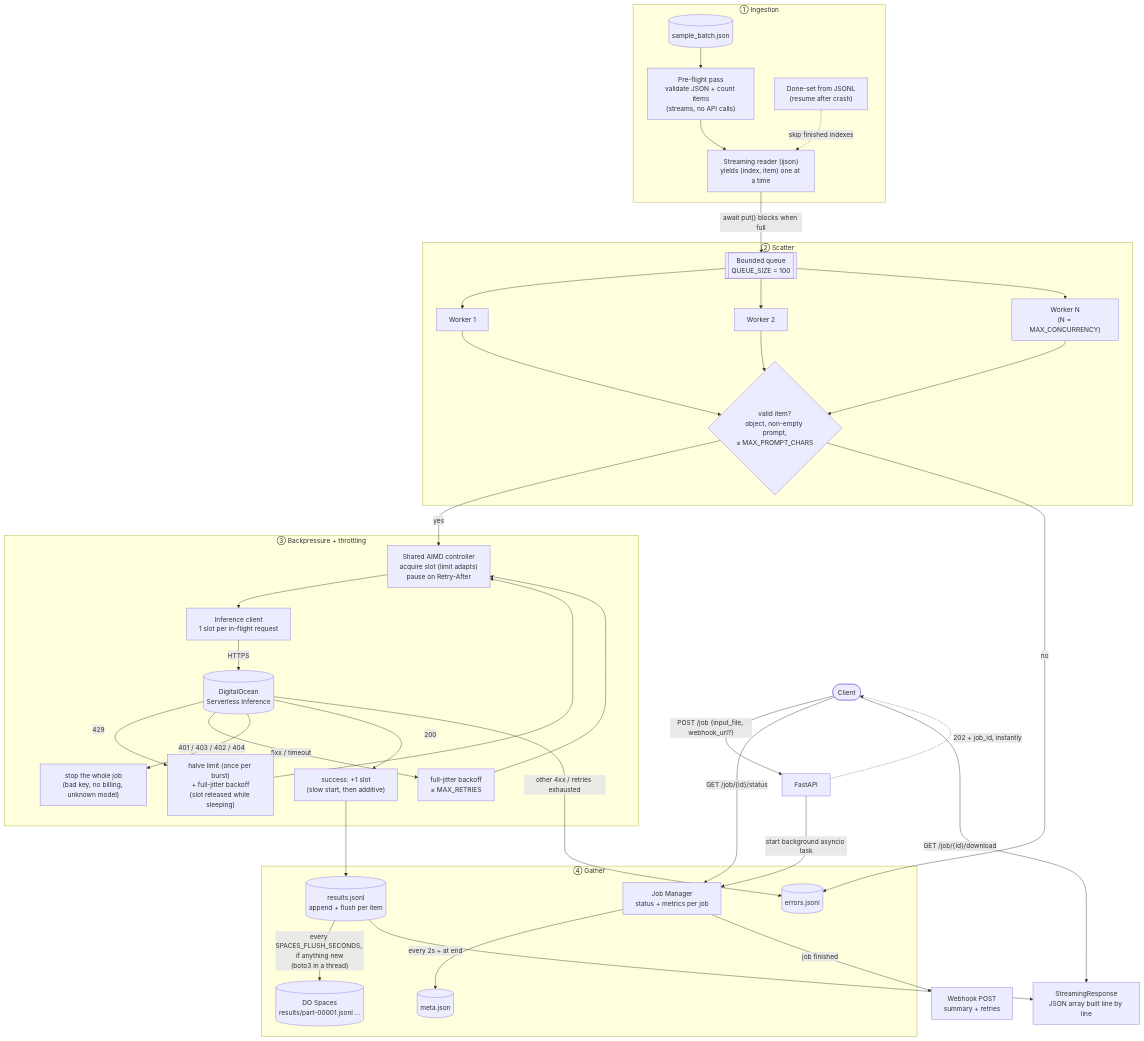
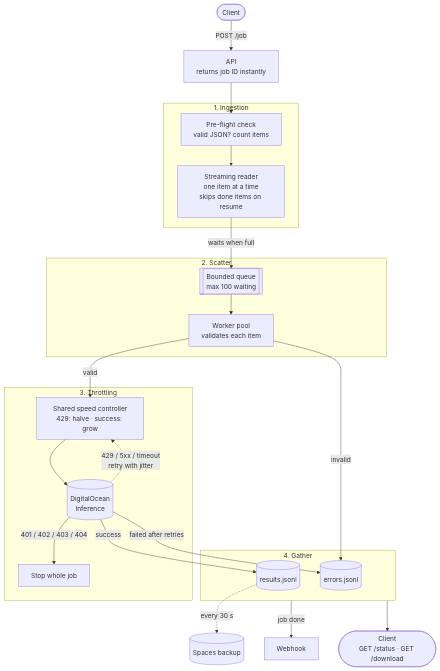
Before and after one commit to ishani2202/batch-inference-engine: the diagram in docs/architecture.md, drawn with Mermaid. The commit also changed other lines of this file, not shown here.

Commit message:
Revise architecture diagram for clarity and updates

````diff
--- a/docs/architecture.md
+++ b/docs/architecture.md
@@ -3,45 +4,34 @@
 ```mermaid
 flowchart TD
-    Client([Client]) -->|"POST /job {input_file, webhook_url?}"| API[FastAPI]
-    API -.->|"202 + job_id, instantly"| Client
-    API -->|"start background asyncio task"| JM["Job Manager<br/>status + metrics per job"]
+    C1([Client]) -->|"POST /job"| API["API<br/>returns job ID instantly"]
 
-    subgraph ING["① Ingestion"]
-        F[("sample_batch.json")] --> PF["Pre-flight pass<br/>validate JSON + count items<br/>(streams, no API calls)"]
-        PF --> R["Streaming reader (ijson)<br/>yields (index, item) one at a time"]
-        DS["Done-set from JSONL<br/>(resume after crash)"] -.->|"skip finished indexes"| R
+    subgraph S1["1. Ingestion"]
+        PF["Pre-flight check<br/>valid JSON? count items"] --> R["Streaming reader<br/>one item at a time<br/>skips done items on resume"]
     end
 
-    subgraph SCAT["② Scatter"]
-        R -->|"await put() blocks when full"| Q[["Bounded queue<br/>QUEUE_SIZE = 100"]]
-        Q --> W1[Worker 1]
-        Q --> W2[Worker 2]
-        Q --> WN["Worker N<br/>(N = MAX_CONCURRENCY)"]
-        W1 & W2 & WN --> V{"valid item?<br/>object, non-empty prompt,<br/>≤ MAX_PROMPT_CHARS"}
+    subgraph S2["2. Scatter"]
+        Q[["Bounded queue<br/>max 100 waiting"]] --> W["Worker pool<br/>validates each item"]
     end
 
-    subgraph BP["③ Backpressure + throttling"]
-        V -->|yes| L["Shared AIMD controller<br/>acquire slot (limit adapts)<br/>pause on Retry-After"]
-        L --> C["Inference client<br/>1 slot per in-flight request"]
-        C -->|HTTPS| DO[("DigitalOcean<br/>Serverless Inference")]
-        DO -->|"429"| L2["halve limit (once per burst)<br/>+ full-jitter backoff<br/>(slot released while sleeping)"]
-        DO -->|"5xx / timeout"| B["full-jitter backoff<br/>≤ MAX_RETRIES"]
-        DO -->|"401 / 403 / 402 / 404"| X["stop the whole job<br/>(bad key, no billing, unknown model)"]
-        DO -->|"200"| S["success: +1 slot<br/>(slow start, then additive)"]
-        L2 --> L
-        B --> L
+    subgraph S3["3. Throttling"]
+        L["Shared speed controller<br/>429: halve · success: grow"] --> DO[("DigitalOcean<br/>Inference")]
+        DO -.->|"429 / 5xx / timeout<br/>retry with jitter"| L
+        DO -->|"401 / 402 / 403 / 404"| X["Stop whole job"]
     end
 
-    subgraph GATH["④ Gather"]
-        S --> RJ[("results.jsonl<br/>append + flush per item")]
-        V -->|no| EJ[("errors.jsonl")]
-        DO -->|"other 4xx / retries exhausted"| EJ
-        RJ -->|"every SPACES_FLUSH_SECONDS, if anything new<br/>(boto3 in a thread)"| SP[("DO Spaces<br/>results/part-00001.jsonl …")]
-        JM -->|"every 2s + at end"| MJ[("meta.json")]
+    subgraph S4["4. Gather"]
+        RJ[("results.jsonl")]
+        EJ[("errors.jsonl")]
     end
 
-    JM -->|"job finished"| WH["Webhook POST<br/>summary + retries"]
-    Client -->|"GET /job/{id}/status"| JM
-    Client -->|"GET /job/{id}/download"| DL["StreamingResponse<br/>JSON array built line by line"]
-    RJ --> DL
+    API --> PF
+    R -->|"waits when full"| Q
+    W -->|valid| L
+    W -->|invalid| EJ
+    DO -->|success| RJ
+    DO -->|"failed after retries"| EJ
+
+    RJ -.->|"every 30 s"| SP[("Spaces backup")]
+    S4 -->|"job done"| WH["Webhook"]
+    S4 --> C2(["Client<br/>GET /status · GET /download"])
 ```
````
